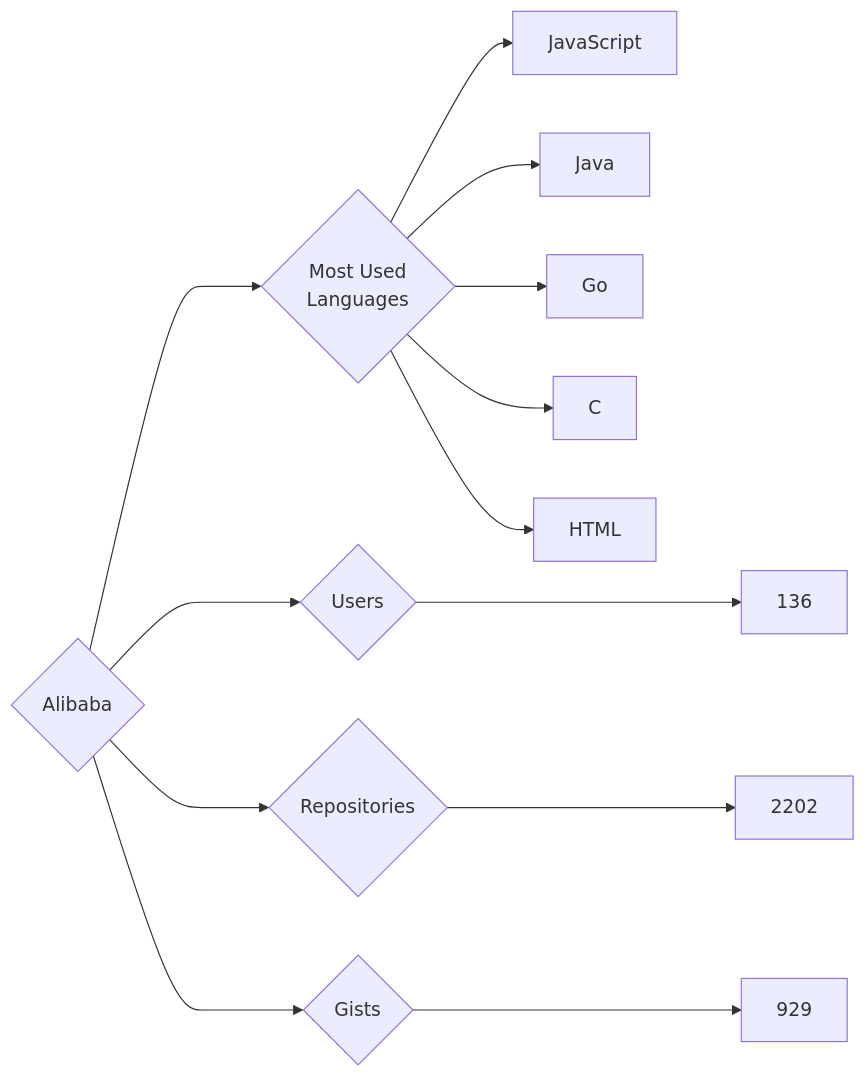
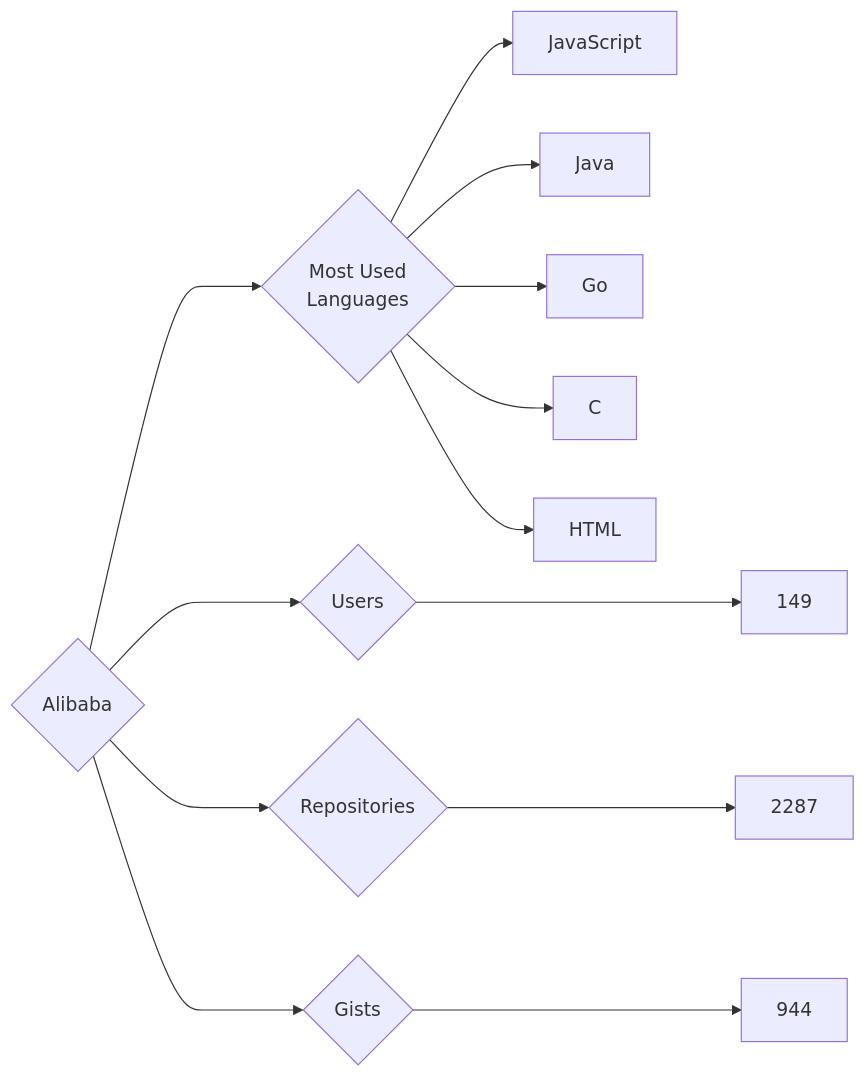
One commit to trickest/insiders changed the diagram in targets/Alibaba/README.md. Above: the diagram before and after it, drawn with Mermaid. The commit also changed 944 other files, not shown here.

````diff
--- a/targets/Alibaba/README.md
+++ b/targets/Alibaba/README.md
@@ -3,13 +3,13 @@
 ```mermaid
 graph LR
 COMPANY_NAME{Alibaba}
-COMPANY_NAME ---> U{Users} ---> UN[136]
-COMPANY_NAME ---> R{Repositories} ---> RN[2202]
-COMPANY_NAME ---> G{Gists} ---> GN[929]
+COMPANY_NAME ---> U{Users} ---> UN[149]
+COMPANY_NAME ---> R{Repositories} ---> RN[2287]
+COMPANY_NAME ---> G{Gists} ---> GN[944]
 COMPANY_NAME ---> ML{Most Used<br>Languages}
 ML --> JavaScript[JavaScript]
 ML --> Java[Java]
 ML --> Go[Go]
 ML --> C[C]
 ML --> HTML[HTML]
 ```
````
